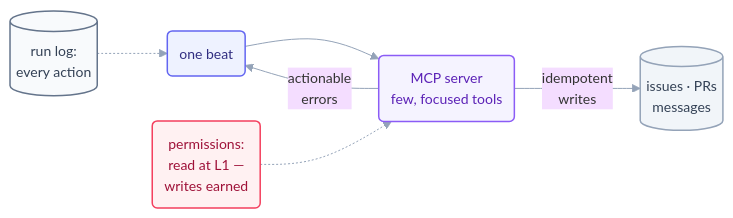
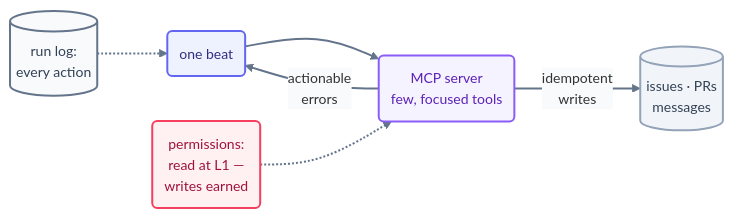
Before and after one commit to ayeshakhalid192007-dev/LoopEngineering-CrashCourse: the diagram in docs/05-part-3-the-body/10-connectors-mcp.md, drawn with Mermaid. The commit also changed 66 other files, not shown here.

First line of the commit message:
docs(diagrams): bolden and unify all 70 mermaid diagrams

````diff
--- a/docs/05-part-3-the-body/10-connectors-mcp.md
+++ b/docs/05-part-3-the-body/10-connectors-mcp.md
@@ -37,14 +37,15 @@
 ```mermaid
-%%{init: {'theme':'base','themeVariables':{'fontFamily':'ui-sans-serif, system-ui, sans-serif','fontSize':'14px','lineColor':'#94a3b8'},'flowchart':{'curve':'basis','nodeSpacing':45,'rankSpacing':55,'padding':12}}}%%
+%%{init: {'theme':'base','themeVariables':{'fontFamily':'ui-sans-serif, system-ui, sans-serif','fontSize':'14px','lineColor':'#64748b','edgeLabelBackground':'#f8fafc'},'flowchart':{'curve':'basis','nodeSpacing':45,'rankSpacing':55,'padding':12}}}%%
 flowchart LR
     B("one beat"):::beat --> MCP("MCP server<br/>few, focused tools"):::cfg
     MCP -->|"idempotent<br/>writes"| GH[("issues · PRs<br/>messages")]:::reach
     MCP -->|"actionable<br/>errors"| B
     PERM("permissions:<br/>read at L1 —<br/>writes earned"):::limit -.-> MCP
     LOG[("run log:<br/>every action")]:::file -.-> B
-    classDef beat fill:#eef2ff,stroke:#6366f1,stroke-width:1.5px,color:#312e81;
-    classDef cfg fill:#f5f3ff,stroke:#8b5cf6,stroke-width:1.5px,color:#5b21b6;
-    classDef reach fill:#f1f5f9,stroke:#94a3b8,stroke-width:1.5px,color:#334155;
-    classDef limit fill:#fff1f2,stroke:#f43f5e,stroke-width:1.5px,color:#9f1239;
-    classDef file fill:#f8fafc,stroke:#64748b,stroke-width:1.5px,color:#334155;
+    linkStyle default stroke:#64748b,stroke-width:2px;
+    classDef beat fill:#eef2ff,stroke:#6366f1,stroke-width:2px,color:#312e81;
+    classDef cfg fill:#f5f3ff,stroke:#8b5cf6,stroke-width:2px,color:#5b21b6;
+    classDef reach fill:#f1f5f9,stroke:#94a3b8,stroke-width:2px,color:#334155;
+    classDef limit fill:#fff1f2,stroke:#f43f5e,stroke-width:2px,color:#9f1239;
+    classDef file fill:#f8fafc,stroke:#64748b,stroke-width:2px,color:#334155;
 ```
````
